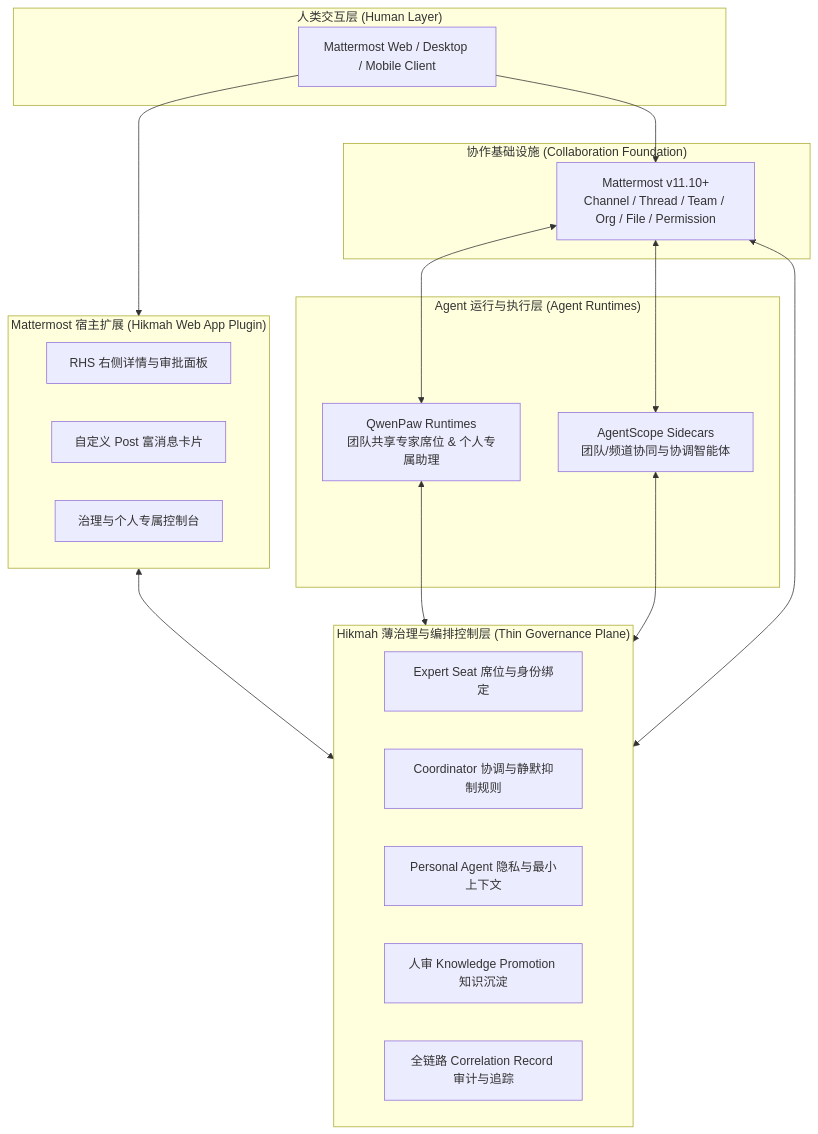
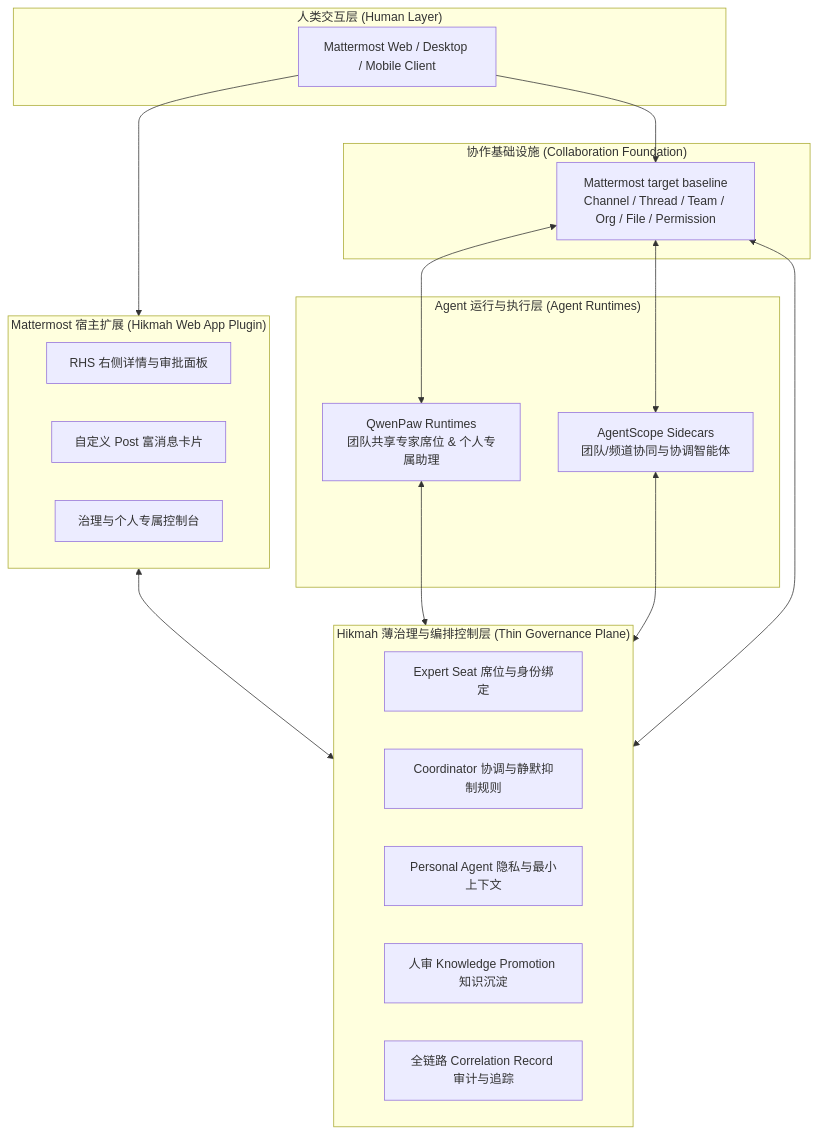
Before and after one commit to hrygo/hikmah: the diagram in README.md, drawn with Mermaid. The commit also changed other lines of this file and 23 other files, not shown here.

First line of the commit message:
docs: finalize PRD and architecture review

````diff
--- a/README.md
+++ b/README.md
@@ -52,38 +52,38 @@
 ```mermaid
 flowchart TD
   subgraph Clients[" 人类交互层 (Human Layer) "]
     C[Mattermost Web / Desktop / Mobile Client]
   end
 
   subgraph Foundation[" 协作基础设施 (Collaboration Foundation) "]
-    F[Mattermost v11.10+<br/>Channel / Thread / Team / Org / File / Permission]
+    F[Mattermost target baseline<br/>Channel / Thread / Team / Org / File / Permission]
   end
 
   subgraph Agents[" Agent 运行与执行层 (Agent Runtimes) "]
     Q[QwenPaw Runtimes<br/>团队共享专家席位 & 个人专属助理]
     S[AgentScope Sidecars<br/>团队/频道协同与协调智能体]
   end
 
   subgraph HikmahCore[" Hikmah 薄治理与编排控制层 (Thin Governance Plane) "]
     H1[Expert Seat 席位与身份绑定]
     H2[Coordinator 协调与静默抑制规则]
     H3[Personal Agent 隐私与最小上下文]
     H4[人审 Knowledge Promotion 知识沉淀]
     H5[全链路 Correlation Record 审计与追踪]
   end
 
   subgraph Plugin[" Mattermost 宿主扩展 (Hikmah Web App Plugin) "]
     P1[RHS 右侧详情与审批面板]
     P2[自定义 Post 富消息卡片]
     P3[治理与个人专属控制台]
   end
 
   C --> F
   C --> Plugin
   Plugin <--> HikmahCore
   F <--> Q
   F <--> S
   Q <--> HikmahCore
   S <--> HikmahCore
   F <--> HikmahCore
 ```
````
